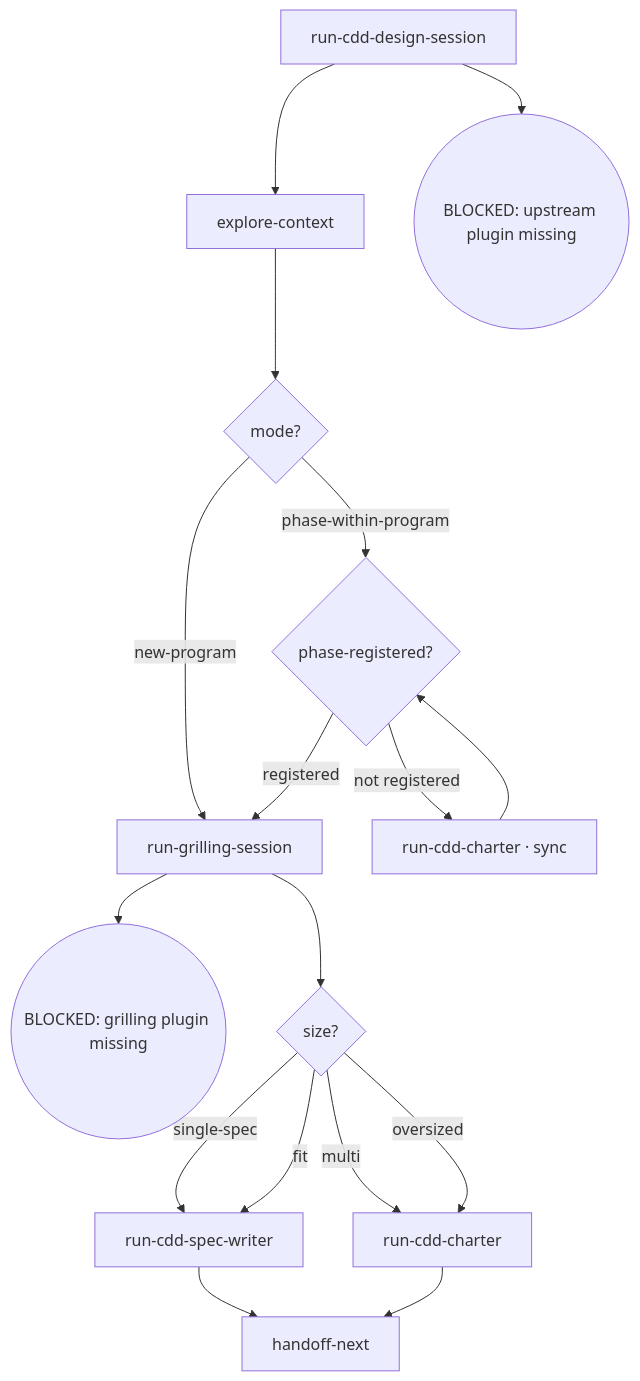
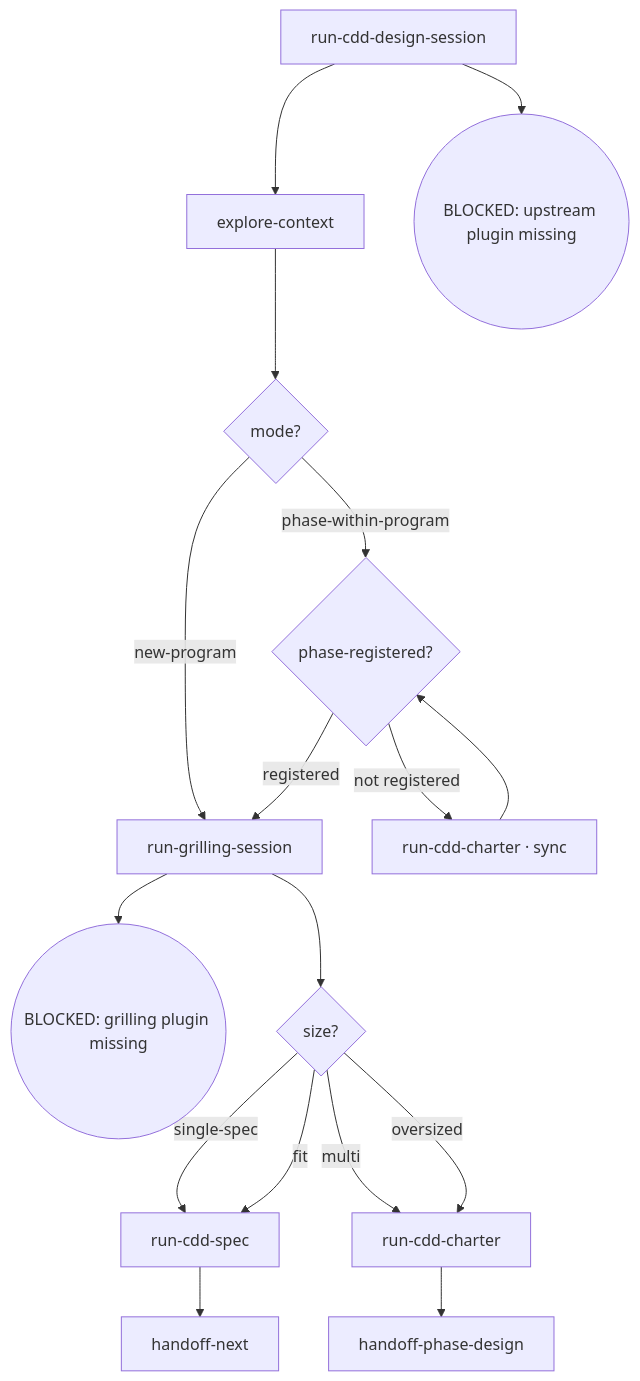
Before and after one commit to Oscaner/skills: the diagram in packages/kairos/skills/cdd-design/SKILL.md, drawn with Mermaid. The commit also changed other lines of this file and 16 other files, not shown here.

First line of the commit message:
feat(engine): P8 wave 12,13,14 — cdd-design handoff 分裂 + draft 错误码 + next 面统一

````diff
--- a/packages/kairos/skills/cdd-design/SKILL.md
+++ b/packages/kairos/skills/cdd-design/SKILL.md
@@ -14,19 +14,19 @@
 ```mermaid
 flowchart TD
   A[run-cdd-design-session] --> B[explore-context]
   A --> Z1((BLOCKED: upstream plugin missing))
   B --> M{mode?}
   M -->|new-program| G[run-grilling-session]
   M -->|phase-within-program| P{phase-registered?}
   P -->|not registered| S[run-cdd-charter · sync]
   S --> P
   P -->|registered| G[run-grilling-session]
   G --> Z2((BLOCKED: grilling plugin missing))
   G --> X{size?}
-  X -->|single-spec| W[run-cdd-spec-writer]
-  X -->|fit| W[run-cdd-spec-writer]
+  X -->|single-spec| W[run-cdd-spec]
+  X -->|fit| W[run-cdd-spec]
   X -->|multi| C[run-cdd-charter]
   X -->|oversized| C[run-cdd-charter]
   W --> H[handoff-next]
-  C --> H[handoff-next]
+  C --> D[handoff-phase-design]
 ```
````
